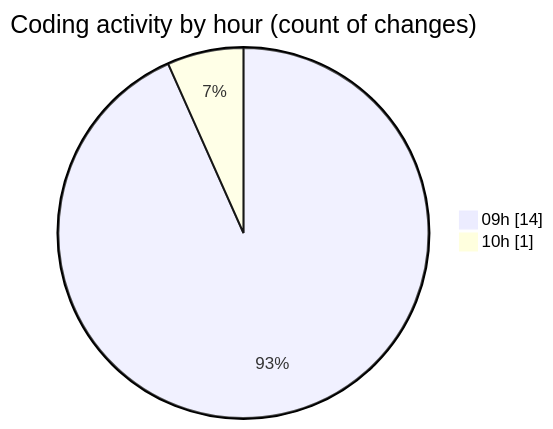
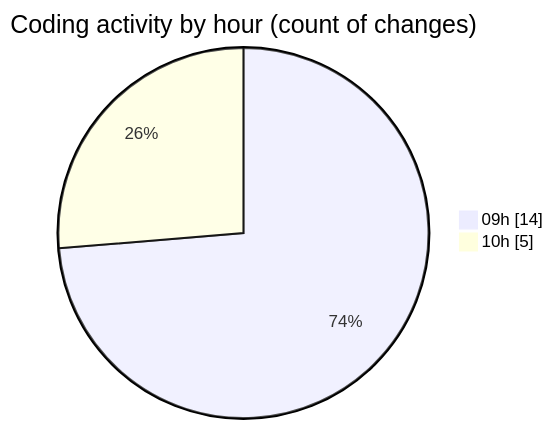
The second of 2 diagrams in 2025-06-03/cda/README.md (momahboobian/code-tracking), drawn with Mermaid before and after one commit. The commit also changed other lines of this file and 1 other file, not shown here.

````diff
--- a/2025-06-03/cda/README.md
+++ b/2025-06-03/cda/README.md
@@ -31,6 +31,6 @@
 ```mermaid
 pie showData
 title Coding activity by hour (count of changes)
 "09h" : 14
-"10h" : 1
+"10h" : 5
 ```
````
